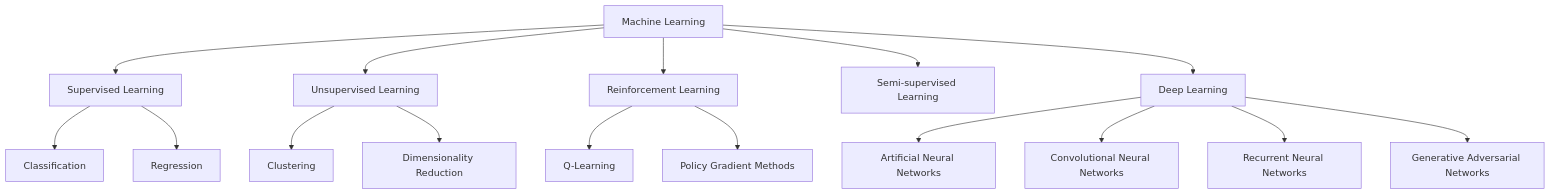
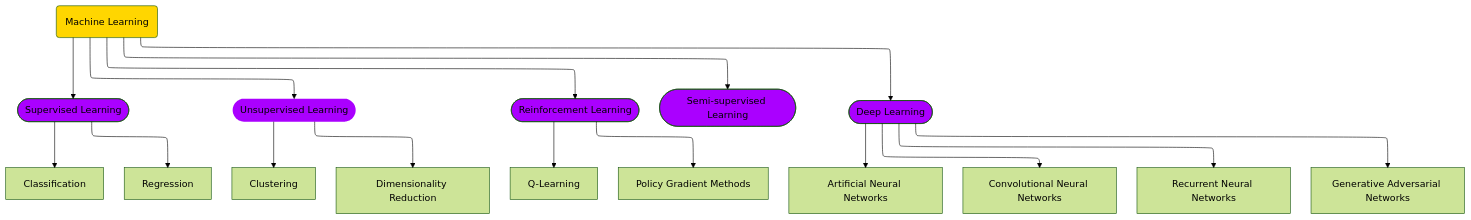
One commit to pepemxl/Machine-Learning-Notes changed the first of 2 diagrams in docs/01_SUPERVISED_LEARNING/section_01.md. Above: the diagram before and after it, drawn with Mermaid. The commit also changed other lines of this file and 1 other file, not shown here.

````diff
--- a/docs/01_SUPERVISED_LEARNING/section_01.md
+++ b/docs/01_SUPERVISED_LEARNING/section_01.md
@@ -17,18 +17,21 @@
 ```mermaid
-graph TD;
-    A[Machine Learning] --> B[Supervised Learning]
-    A[Machine Learning] --> C[Unsupervised Learning]
-    A[Machine Learning] --> D[Reinforcement Learning]
-    A[Machine Learning] --> E[Semi-supervised Learning]
-    A[Machine Learning] --> F[Deep Learning]
-    B --> B1[Classification]
-    B --> B2[Regression]
-    C --> C1[Clustering]
-    C --> C2[Dimensionality Reduction]
-    D --> D1[Q-Learning]
-    D --> D2[Policy Gradient Methods]
-    F --> F1[Artificial Neural Networks]
-    F --> F2[Convolutional Neural Networks]
-    F --> F3[Recurrent Neural Networks]
-    F --> F4[Generative Adversarial Networks]
+---
+config:
+  theme: forest
+  layout: elk
+---
+flowchart TB
+    A["Machine Learning"] --> B(["Supervised Learning"]) & C(["Unsupervised Learning"]) & D(["Reinforcement Learning"]) & E(["Semi-supervised Learning"]) & F(["Deep Learning"])
+    B --> B1["Classification"] & B2["Regression"]
+    C --> C1["Clustering"] & C2["Dimensionality Reduction"]
+    D --> D1["Q-Learning"] & D2["Policy Gradient Methods"]
+    F --> F1["Artificial Neural Networks"] & F2["Convolutional Neural Networks"] & F3["Recurrent Neural Networks"] & F4["Generative Adversarial Networks"]
+    A@{ shape: rounded}
+    style A fill:#FFD600
+    style B fill:#AA00FF,color:#000000
+    style C stroke:none,fill:#AA00FF
+    style D fill:#AA00FF
+    style E fill:#AA00FF
+    style F fill:#AA00FF
+
 ```
````
